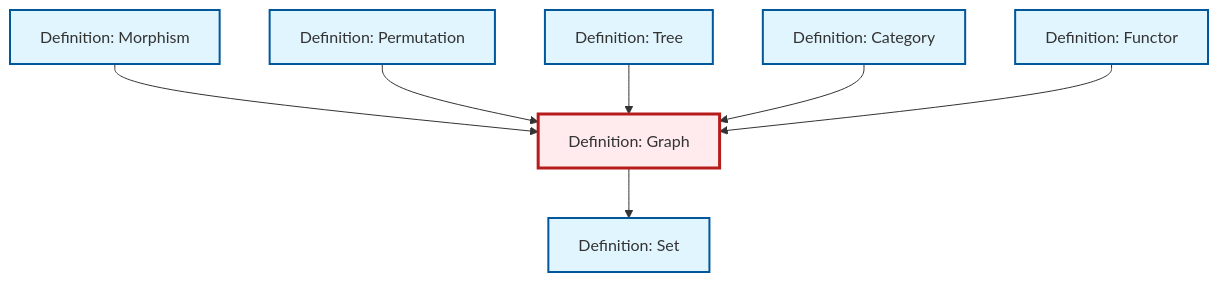
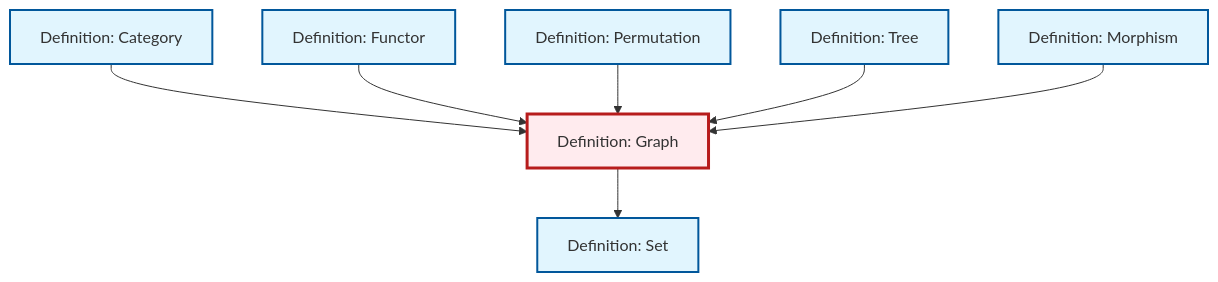
Before and after one commit to RK0429/ModernMath: the diagram in content/en/combinatorics/def-graph.qmd, drawn with Mermaid. The commit also changed other lines of this file and 497 other files, not shown here.

````diff
--- a/content/en/combinatorics/def-graph.qmd
+++ b/content/en/combinatorics/def-graph.qmd
@@ -90,29 +90,29 @@
 ```{mermaid}
 %%| fig-cap: "Local dependency graph"
 graph TD
     classDef definition fill:#e1f5fe,stroke:#01579b,stroke-width:2px
     classDef theorem fill:#f3e5f5,stroke:#4a148c,stroke-width:2px
     classDef axiom fill:#fff3e0,stroke:#e65100,stroke-width:2px
     classDef example fill:#e8f5e9,stroke:#1b5e20,stroke-width:2px
     classDef current fill:#ffebee,stroke:#b71c1c,stroke-width:3px
+    def-tree["Definition: Tree"]:::definition
+    def-set["Definition: Set"]:::definition
     def-morphism["Definition: Morphism"]:::definition
+    def-category["Definition: Category"]:::definition
+    def-graph["Definition: Graph"]:::definition
     def-functor["Definition: Functor"]:::definition
-    def-category["Definition: Category"]:::definition
-    def-set["Definition: Set"]:::definition
-    def-tree["Definition: Tree"]:::definition
-    def-graph["Definition: Graph"]:::definition
     def-permutation["Definition: Permutation"]:::definition
-    def-morphism --> def-graph
+    def-graph --> def-set
+    def-category --> def-graph
+    def-functor --> def-graph
     def-permutation --> def-graph
     def-tree --> def-graph
-    def-category --> def-graph
-    def-functor --> def-graph
-    def-graph --> def-set
+    def-morphism --> def-graph
     class def-graph current
+    click def-tree "def-tree.html" "Go to Tree definition"
+    click def-set "def-set.html" "Go to Set definition"
     click def-morphism "def-morphism.html" "Go to Morphism definition"
+    click def-category "def-category.html" "Go to Category definition"
     click def-functor "def-functor.html" "Go to Functor definition"
-    click def-category "def-category.html" "Go to Category definition"
-    click def-set "def-set.html" "Go to Set definition"
-    click def-tree "def-tree.html" "Go to Tree definition"
     click def-permutation "def-permutation.html" "Go to Permutation definition"
 ```
````
